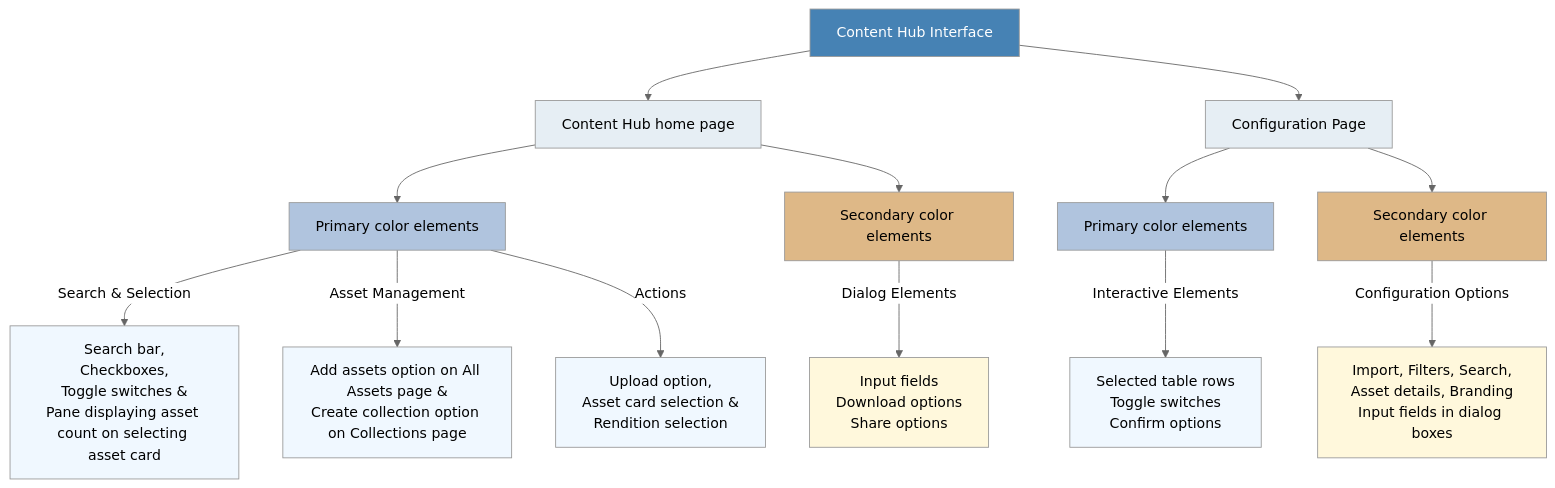
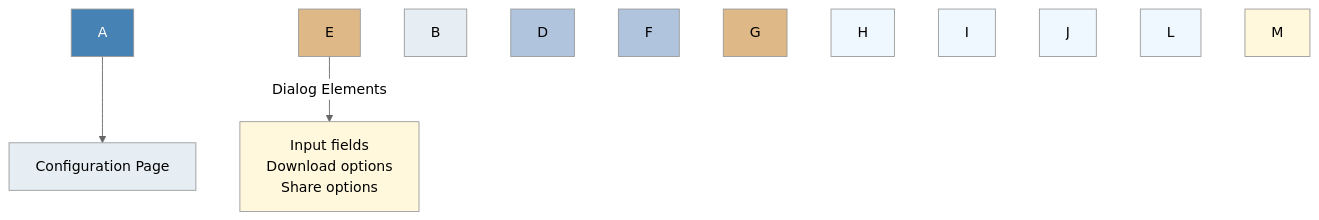
One commit to AdobeDocs/experience-manager-cloud-service.en changed the diagram in help/assets/visual-ui-branding.md. Above: the diagram before and after it, drawn with Mermaid (neutral theme).

````diff
--- a/help/assets/visual-ui-branding.md
+++ b/help/assets/visual-ui-branding.md
@@ -24,35 +24,25 @@
 ```mermaid
 graph TD
-    A[Content Hub Interface] --> B[Content Hub home page]
     A --> C[Configuration Page]
     
-    B --> D[Primary color elements]
-    B --> E[Secondary color elements]
     
-    C --> F[Primary color elements]
-    C --> G[Secondary color elements]
     
-    D --> |Search & Selection| H[Search bar,<br>Checkboxes,<br>Toggle switches &<br>Pane displaying asset count on selecting asset card]
-    D --> |Asset Management| I[Add assets option on All Assets page &<br>Create collection option on Collections page<br>]
-    D --> |Actions| J[Upload option,<br>Asset card selection &<br>Rendition selection]
     
     E --> |Dialog Elements| K[Input fields<br>Download options<br>Share options]
     
-    F --> |Interactive Elements| L[Selected table rows<br>Toggle switches<br>Confirm options]
     
-    G --> |Configuration Options| M[Import, Filters, Search,<br>Asset details, Branding<br>Input fields in dialog boxes]
 
     style A fill:#4682B4,color:#fff
     style B fill:#E6EEF4,color:#000
     style C fill:#E6EEF4,color:#000
     style D fill:#B0C4DE,color:#000
     style E fill:#DEB887,color:#000
     style F fill:#B0C4DE,color:#000
     style G fill:#DEB887,color:#000
     style H fill:#F0F8FF,color:#000
     style I fill:#F0F8FF,color:#000
     style J fill:#F0F8FF,color:#000
     style K fill:#FFF8DC,color:#000
     style L fill:#F0F8FF,color:#000
     style M fill:#FFF8DC,color:#000
 ```
````
